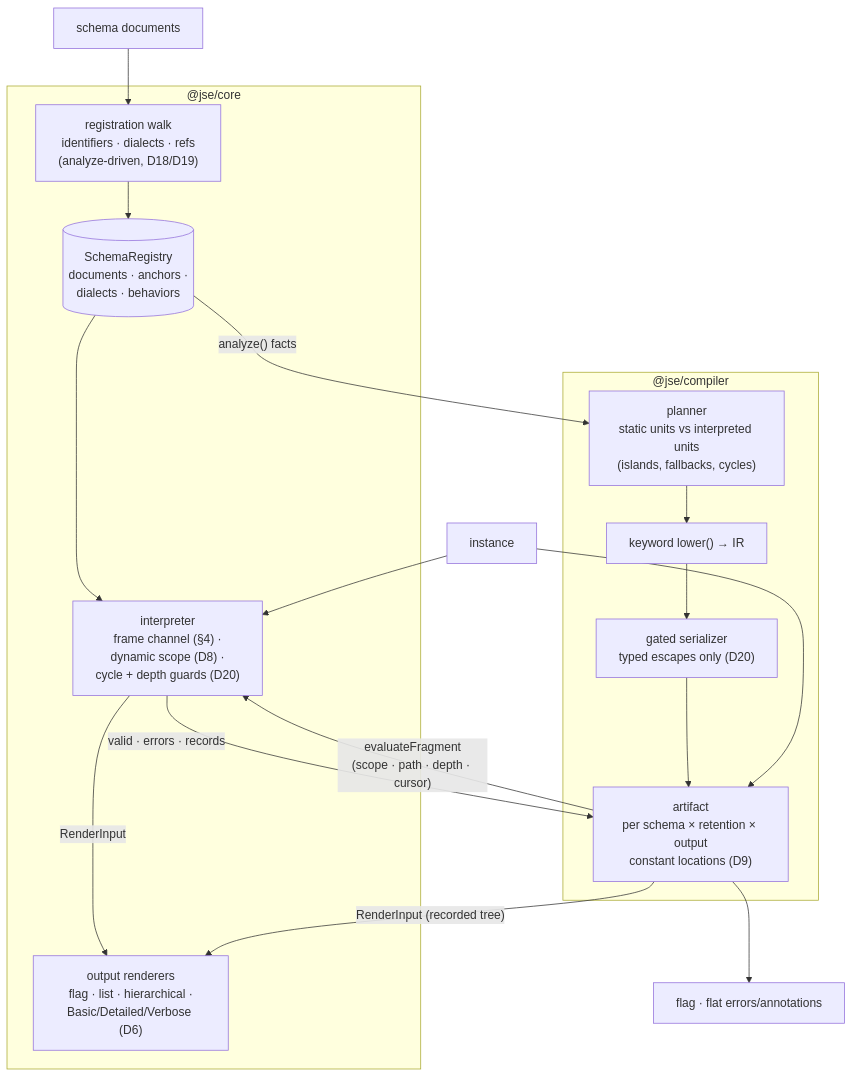
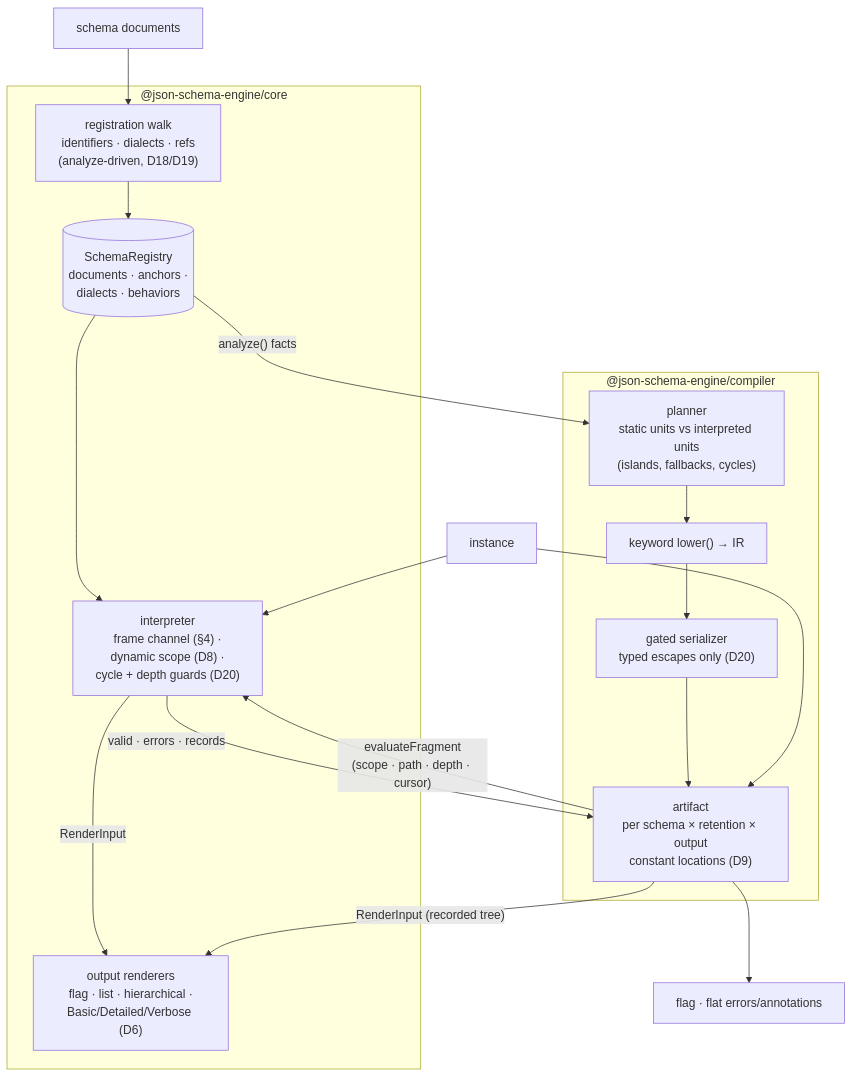
The diagram in docs/architecture.md (handrews/json-schema-engine), drawn with Mermaid before and after one commit. The commit also changed other lines of this file and 138 other files, not shown here.

````diff
--- a/docs/architecture.md
+++ b/docs/architecture.md
@@ -38,26 +38,26 @@
 ```mermaid
 flowchart TD
     SD["schema documents"] --> REG
-    subgraph CORE ["@jse/core"]
+    subgraph CORE ["@json-schema-engine/core"]
         REG["registration walk\nidentifiers · dialects · refs\n(analyze-driven, D18/D19)"]
         REG --> RY[("SchemaRegistry\ndocuments · anchors ·\ndialects · behaviors")]
         INT["interpreter\nframe channel (§4) ·\ndynamic scope (D8) ·\ncycle + depth guards (D20)"]
         RY --> INT
         OUT["output renderers\nflag · list · hierarchical ·\nBasic/Detailed/Verbose (D6)"]
         INT -- "RenderInput" --> OUT
     end
-    subgraph COMP ["@jse/compiler"]
+    subgraph COMP ["@json-schema-engine/compiler"]
         PLAN["planner\nstatic units vs interpreted units\n(islands, fallbacks, cycles)"]
         LOWER["keyword lower() → IR"]
         EMIT["gated serializer\ntyped escapes only (D20)"]
         ART["artifact\nper schema × retention × output\nconstant locations (D9)"]
         PLAN --> LOWER --> EMIT --> ART
     end
     RY -- "analyze() facts" --> PLAN
     ART -- "evaluateFragment\n(scope · path · depth · cursor)" --> INT
     INT -- "valid · errors · records" --> ART
     INS["instance"] --> INT
     INS --> ART
     ART --> OUT2["flag · flat errors/annotations"]
     ART -- "RenderInput (recorded tree)" --> OUT
 ```
````
